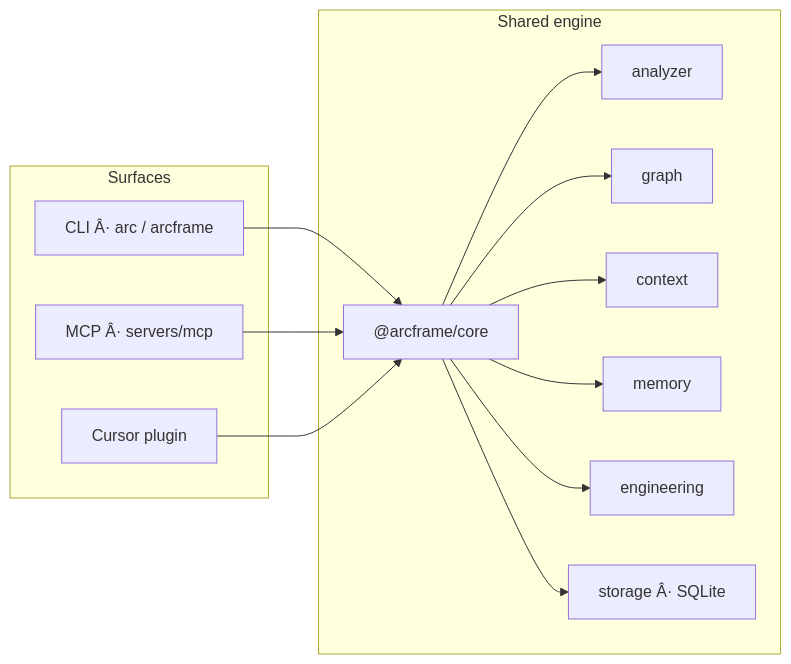
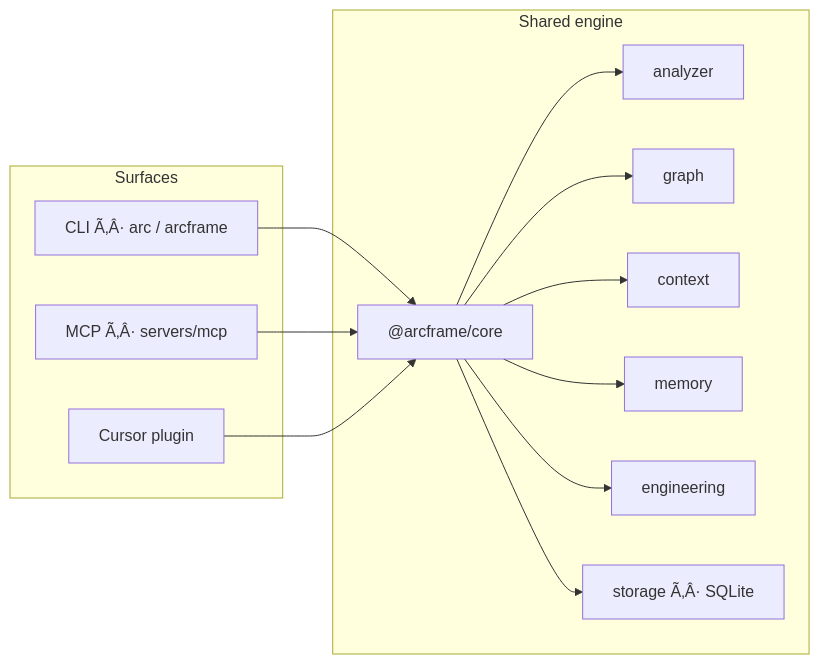
One commit to theworker02/arcframe changed the diagram in README.md. Above: the diagram before and after it, drawn with Mermaid. The commit also changed other lines of this file and 11 other files, not shown here.

````diff
--- a/README.md
+++ b/README.md
@@ -60,21 +60,21 @@
 ```mermaid
 flowchart LR
   subgraph Surfaces
-    CLI["CLI Â· arc / arcframe"]
-    MCP["MCP Â· servers/mcp"]
+    CLI["CLI Ã‚Â· arc / arcframe"]
+    MCP["MCP Ã‚Â· servers/mcp"]
     Plugin["Cursor plugin"]
   end
   subgraph Engine["Shared engine"]
     Core["@arcframe/core"]
     Analyzer["analyzer"]
     Graph["graph"]
     Context["context"]
     Memory["memory"]
     Eng["engineering"]
-    Store["storage Â· SQLite"]
+    Store["storage Ã‚Â· SQLite"]
   end
   CLI --> Core
   MCP --> Core
   Plugin --> Core
   Core --> Analyzer & Graph & Context & Memory & Eng & Store
 ```
````
